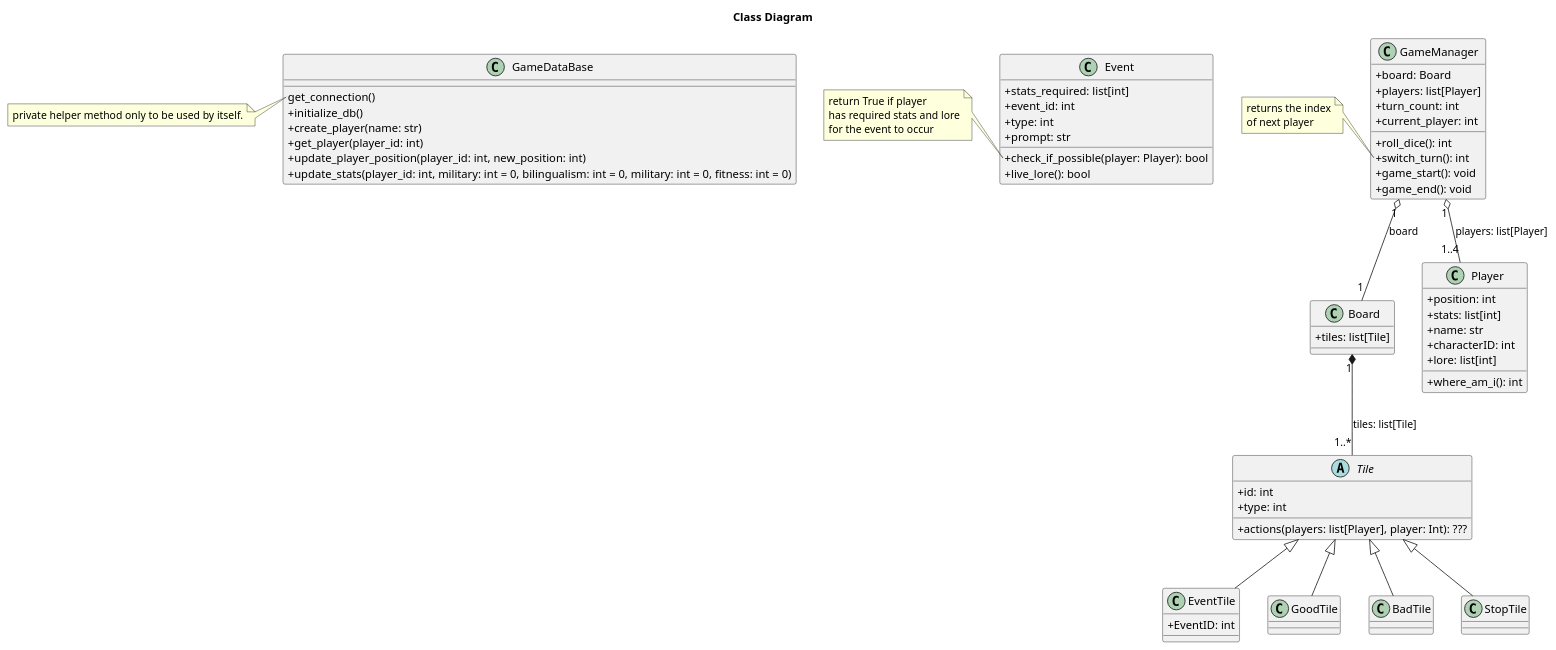
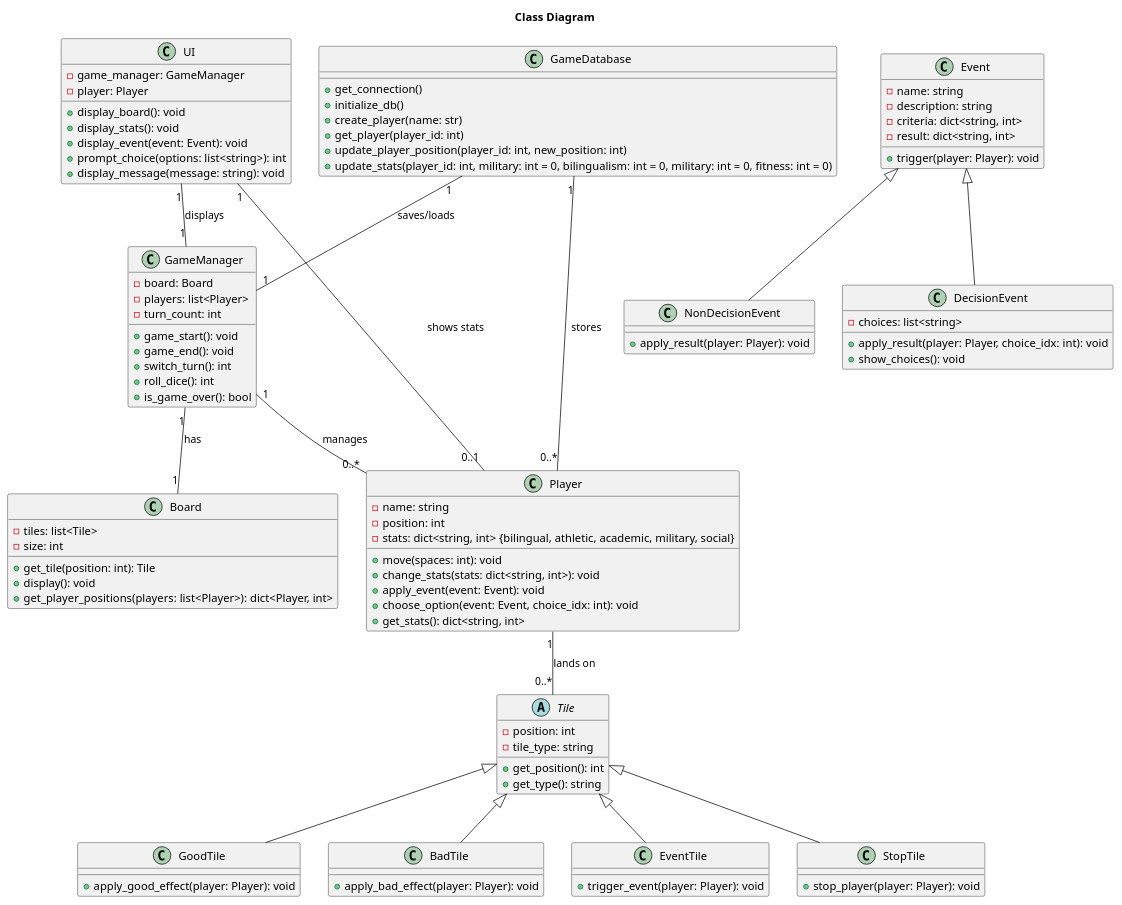
Before and after one commit to CSE-362-2025/BoardGameProject: the diagram in diagrams/class_diagram.puml, drawn with PlantUML.

Commit message:
UML Class Diagram v1

```diff
--- a/diagrams/class_diagram.puml
+++ b/diagrams/class_diagram.puml
@@ -1,95 +1,134 @@
 @startuml class_diagram
 title "Class Diagram"
 ' skinparam shadowing false
-skinparam classAttributeIconSize 0
+' skinparam classAttributeIconSize 0
 
-class GameDataBase {
-    get_connection()
-    +initialize_db()
-    +create_player(name: str)
-    +get_player(player_id: int)
-    +update_player_position(player_id: int, new_position: int)
-    +update_stats(player_id: int, military: int = 0, bilingualism: int = 0, military: int = 0, fitness: int = 0)
+class GameDatabase {
+    + get_connection()
+    + initialize_db()
+    + create_player(name: str)
+    + get_player(player_id: int)
+    + update_player_position(player_id: int, new_position: int)
+    + update_stats(player_id: int, military: int = 0, bilingualism: int = 0, military: int = 0, fitness: int = 0)
 }
-note left of GameDataBase::get_connection
-private helper method only to be used by itself.
-end note
 
 class Board {
-    +tiles: list[Tile]
+
+    - tiles: list<Tile>
+    - size: int
+
+    + get_tile(position: int): Tile
+    + display(): void
+    + get_player_positions(players: list<Player>): dict<Player, int>
 }
-Board "1" *-- "1..*" Tile: tiles: list[Tile]
 
 abstract class Tile {
-    +id: int
-    +type: int
-    +actions(players: list[Player], player: Int): ???
-}
 
-class EventTile {
-    +EventID: int
+    - position: int
+    - tile_type: string
+
+    + get_position(): int
+    + get_type(): string
 }
 
 class GoodTile {
 
+    + apply_good_effect(player: Player): void
 }
 
 class BadTile {
 
+    + apply_bad_effect(player: Player): void
+}
+
+class EventTile {
+
+    + trigger_event(player: Player): void
 }
 
 class StopTile {
 
+    + stop_player(player: Player): void
 }
 
-Tile <|-- EventTile
-Tile <|-- StopTile
-Tile <|-- GoodTile
-Tile <|-- BadTile
+class Player {
 
-class Player {
-    +position: int
-    +stats: list[int]
-    +name: str
-    +characterID: int
-    +lore: list[int]
+    - name: string
+    - position: int
+    - stats: dict<string, int> {bilingual, athletic, academic, military, social}
 
-    ' getter for Player:position
-    +where_am_i(): int
+    + move(spaces: int): void
+    + change_stats(stats: dict<string, int>): void
+    + apply_event(event: Event): void
+    + choose_option(event: Event, choice_idx: int): void
+    + get_stats(): dict<string, int>
+
 }
 
 class Event {
-    +stats_required: list[int]
-    +event_id: int
-    +type: int
-    +prompt: str
-    ' check if already encountered this event
-    +check_if_possible(player: Player): bool
-    ' activate this event, return True if successful
-    +live_lore(): bool
+
+    - name: string
+    - description: string
+    - criteria: dict<string, int>
+    - result: dict<string, int>
+
+    + trigger(player: Player): void
 }
-note left of Event::check_if_possible
-return True if player
-has required stats and lore
-for the event to occur
-end note
+
+class NonDecisionEvent {
+
+    + apply_result(player: Player): void
+}
+
+class DecisionEvent {
+    - choices: list<string>
+
+    + apply_result(player: Player, choice_idx: int): void
+    + show_choices(): void
+}
+
 
 class GameManager {
-    +board: Board
-    +players: list[Player]
-    +turn_count: int
-    +current_player: int
-    +roll_dice(): int
-    +switch_turn(): int
-    +game_start(): void
-    +game_end(): void
+
+    - board: Board
+    - players: list<Player>
+    - turn_count: int
+
+    + game_start(): void
+    + game_end(): void
+    + switch_turn(): int
+    + roll_dice(): int
+    + is_game_over(): bool
 }
-note left of GameManager::switch_turn
-returns the index
-of next player
-end note
-GameManager "1" o-- "1..4" Player: players: list[Player]
-GameManager "1" o-- "1" Board: board
+
+class UI {
+
+    - game_manager: GameManager
+    - player: Player
+
+    + display_board(): void
+    + display_stats(): void
+    + display_event(event: Event): void
+    + prompt_choice(options: list<string>): int
+    + display_message(message: string): void
+}
+
+
+' Relationships
+
+Player "1" -- "0..*" Tile : "lands on"
+GameDatabase "1" -- "0..*" Player : "stores"
+GameDatabase "1" -- "1" GameManager : "saves/loads"
+GameManager "1" -- "0..*" Player : "manages"
+GameManager "1" -- "1" Board : "has"
+UI "1" -- "1" GameManager : "displays"
+UI "1" -- "0..1" Player : "shows stats"
+Tile <|-- GoodTile
+Tile <|-- BadTile
+Tile <|-- EventTile
+Tile <|-- StopTile
+Event <|-- NonDecisionEvent
+Event <|-- DecisionEvent
 
 
 @enduml
```
